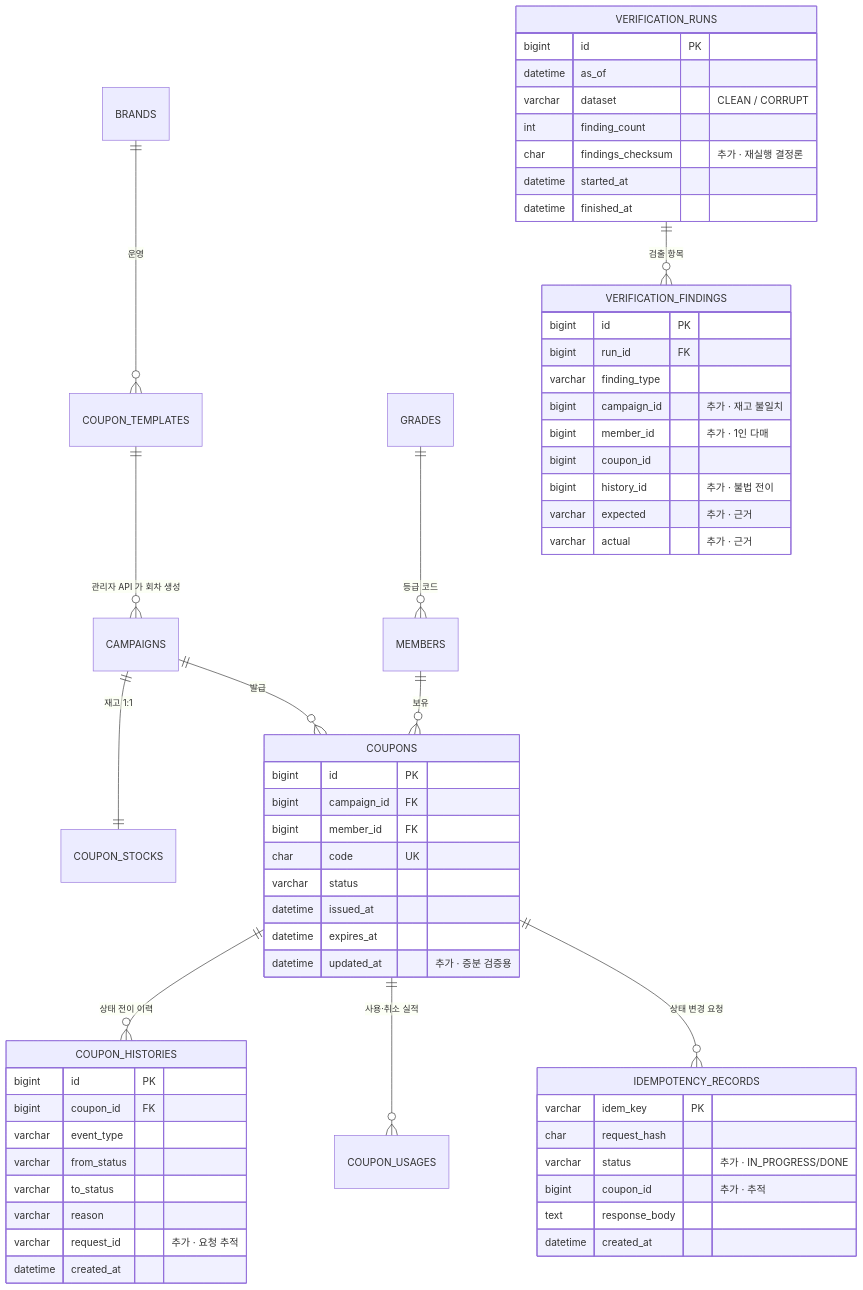
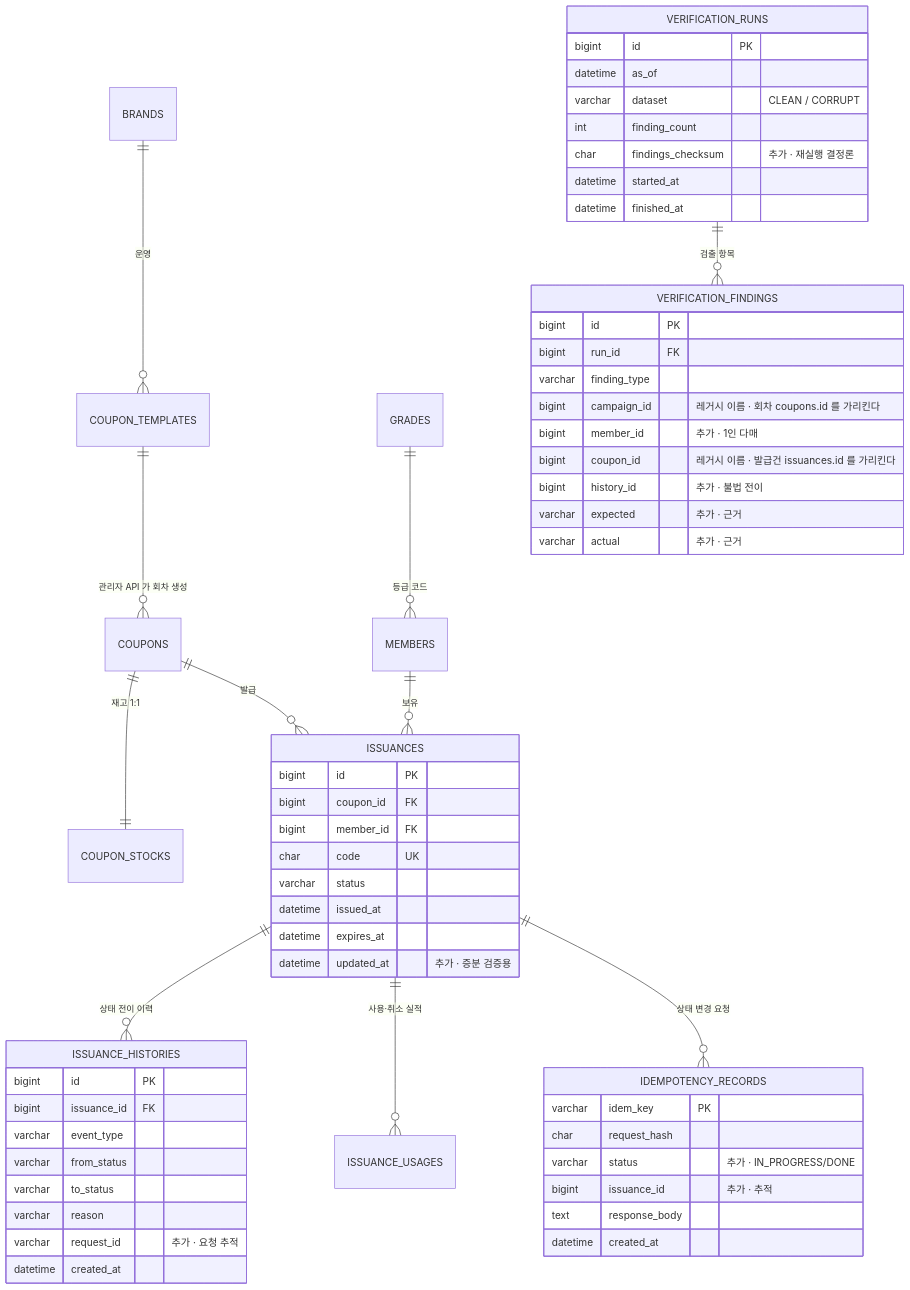
Before and after one commit to coupon-yaho/cy-be: the diagram in docs/02-erd-decisions.md, drawn with Mermaid. The commit also changed other lines of this file and 1 other file, not shown here.

First line of the commit message:
[CY-503] docs : ERD 어휘를 현재 DDL 명칭으로 맞춘다

````diff
--- a/docs/02-erd-decisions.md
+++ b/docs/02-erd-decisions.md
@@ -311,62 +333,62 @@
 ```mermaid
 erDiagram
     BRANDS            ||--o{ COUPON_TEMPLATES   : "운영"
-    COUPON_TEMPLATES  ||--o{ CAMPAIGNS          : "관리자 API 가 회차 생성"
-    CAMPAIGNS         ||--|| COUPON_STOCKS      : "재고 1:1"
-    CAMPAIGNS         ||--o{ COUPONS            : "발급"
-    MEMBERS           ||--o{ COUPONS            : "보유"
+    COUPON_TEMPLATES  ||--o{ COUPONS            : "관리자 API 가 회차 생성"
+    COUPONS           ||--|| COUPON_STOCKS      : "재고 1:1"
+    COUPONS           ||--o{ ISSUANCES          : "발급"
+    MEMBERS           ||--o{ ISSUANCES          : "보유"
     GRADES            ||--o{ MEMBERS            : "등급 코드"
-    COUPONS           ||--o{ COUPON_HISTORIES   : "상태 전이 이력"
-    COUPONS           ||--o{ COUPON_USAGES      : "사용·취소 실적"
-    COUPONS           ||--o{ IDEMPOTENCY_RECORDS: "상태 변경 요청"
+    ISSUANCES         ||--o{ ISSUANCE_HISTORIES : "상태 전이 이력"
+    ISSUANCES         ||--o{ ISSUANCE_USAGES    : "사용·취소 실적"
+    ISSUANCES         ||--o{ IDEMPOTENCY_RECORDS: "상태 변경 요청"
     VERIFICATION_RUNS ||--o{ VERIFICATION_FINDINGS : "검출 항목"
 
-    COUPONS {
+    ISSUANCES {
         bigint id PK
-        bigint campaign_id FK
+        bigint coupon_id FK
         bigint member_id FK
         char code UK
         varchar status
         datetime issued_at
         datetime expires_at
         datetime updated_at "추가 · 증분 검증용"
     }
-    COUPON_HISTORIES {
+    ISSUANCE_HISTORIES {
         bigint id PK
-        bigint coupon_id FK
+        bigint issuance_id FK
         varchar event_type
         varchar from_status
         varchar to_status
         varchar reason
         varchar request_id "추가 · 요청 추적"
         datetime created_at
     }
     IDEMPOTENCY_RECORDS {
         varchar idem_key PK
         char request_hash
         varchar status "추가 · IN_PROGRESS/DONE"
-        bigint coupon_id "추가 · 추적"
+        bigint issuance_id "추가 · 추적"
         text response_body
         datetime created_at
     }
     VERIFICATION_RUNS {
         bigint id PK
         datetime as_of
         varchar dataset "CLEAN / CORRUPT"
         int finding_count
         char findings_checksum "추가 · 재실행 결정론"
         datetime started_at
         datetime finished_at
     }
     VERIFICATION_FINDINGS {
         bigint id PK
         bigint run_id FK
         varchar finding_type
-        bigint campaign_id "추가 · 재고 불일치"
+        bigint campaign_id "레거시 이름 · 회차 coupons.id 를 가리킨다"
         bigint member_id "추가 · 1인 다매"
-        bigint coupon_id
+        bigint coupon_id "레거시 이름 · 발급건 issuances.id 를 가리킨다"
         bigint history_id "추가 · 불법 전이"
         varchar expected "추가 · 근거"
         varchar actual "추가 · 근거"
     }
 ```
````
